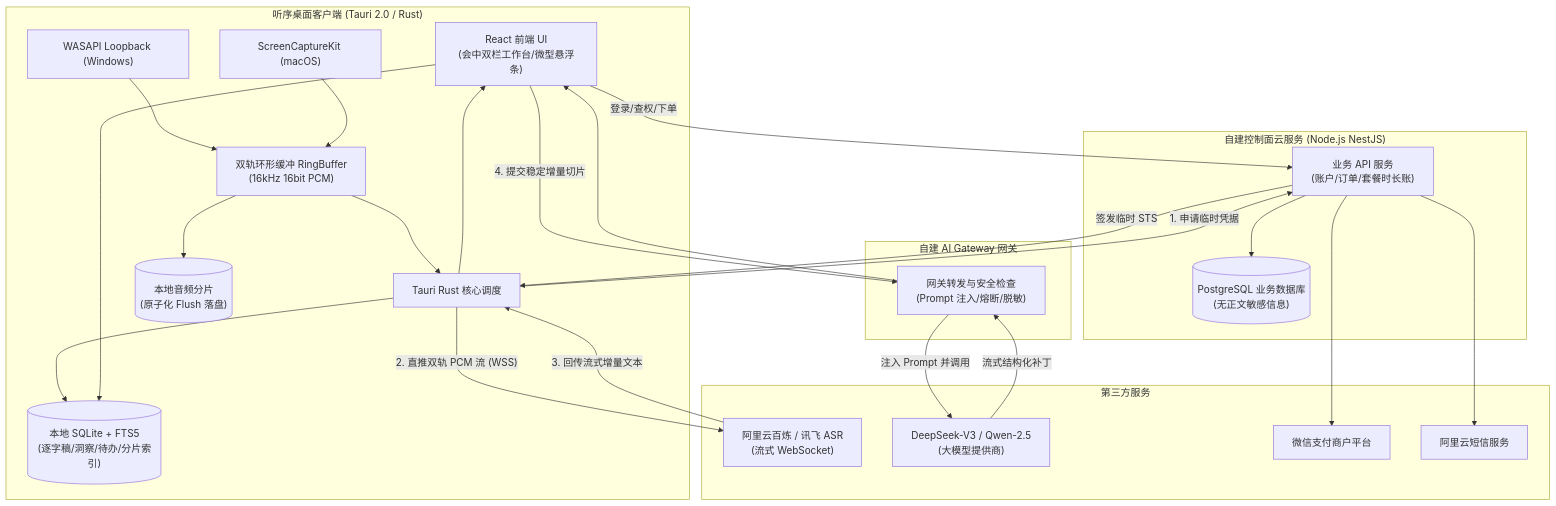
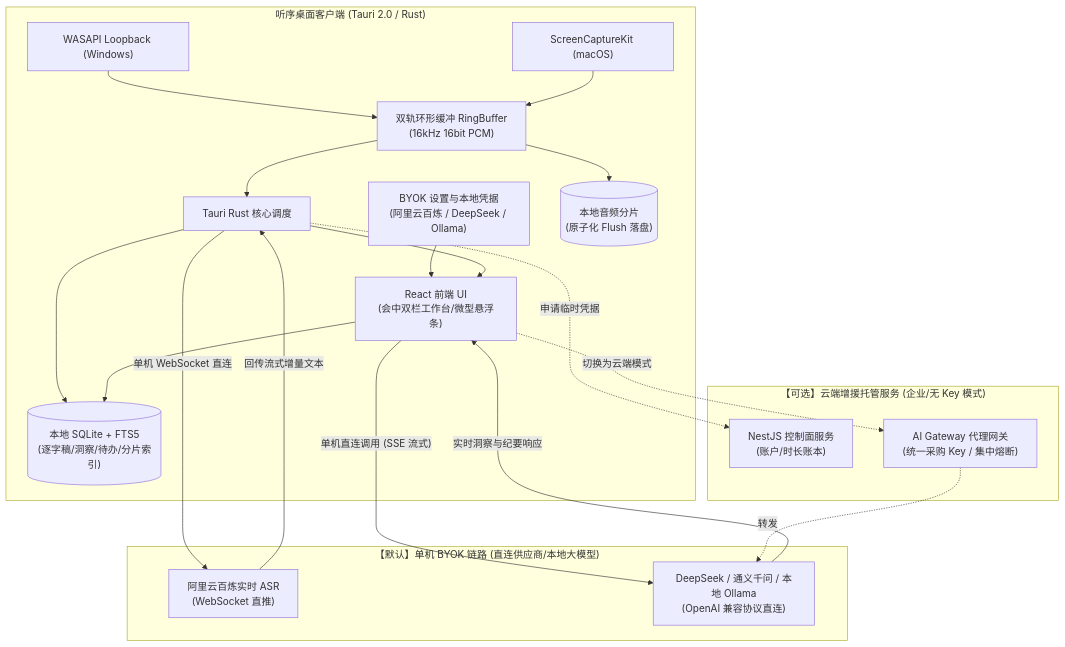
The diagram in docs/specs/SAD.md (zhucl1006/tingxu), drawn with Mermaid before and after one commit. The commit also changed other lines of this file and 91 other files, not shown here.

````diff
--- a/docs/specs/SAD.md
+++ b/docs/specs/SAD.md
@@ -68,55 +68,44 @@
 ```mermaid
 flowchart TD
     subgraph Client["听序桌面客户端 (Tauri 2.0 / Rust)"]
         UI["React 前端 UI<br/>(会中双栏工作台/微型悬浮条)"]
+        BYOKConfig["BYOK 设置与本地凭据<br/>(阿里云百炼 / DeepSeek / Ollama)"]
         TauriCore["Tauri Rust 核心调度"]
         AudioWin["WASAPI Loopback (Windows)"]
         AudioMac["ScreenCaptureKit (macOS)"]
         RingBuf["双轨环形缓冲 RingBuffer<br/>(16kHz 16bit PCM)"]
         LocalDB[("本地 SQLite + FTS5<br/>(逐字稿/洞察/待办/分片索引)")]
         DiskAudio[("本地音频分片<br/>(原子化 Flush 落盘)")]
     end
 
-    subgraph CloudControl["自建控制面云服务 (Node.js NestJS)"]
-        APIServer["业务 API 服务<br/>(账户/订单/套餐时长账)"]
-        CloudDB[("PostgreSQL 业务数据库<br/>(无正文敏感信息)")]
+    subgraph StandaloneBYOK["【默认】单机 BYOK 链路 (直连供应商/本地大模型)"]
+        DirectASR["阿里云百炼实时 ASR<br/>(WebSocket 直推)"]
+        DirectLLM["DeepSeek / 通义千问 / 本地 Ollama<br/>(OpenAI 兼容协议直连)"]
     end
 
-    subgraph AIGateway["自建 AI Gateway 网关"]
-        GW["网关转发与安全检查<br/>(Prompt 注入/熔断/脱敏)"]
-    end
-
-    subgraph ThirdParty["第三方服务"]
-        ASR["阿里云百炼 / 讯飞 ASR<br/>(流式 WebSocket)"]
-        LLM["DeepSeek-V3 / Qwen-2.5<br/>(大模型提供商)"]
-        WeChat["微信支付商户平台"]
-        AliSMS["阿里云短信服务"]
+    subgraph OptionalCloud["【可选】云端增援托管服务 (企业/无 Key 模式)"]
+        APIServer["NestJS 控制面服务<br/>(账户/时长账本)"]
+        GW["AI Gateway 代理网关<br/>(统一采购 Key / 集中熔断)"]
     end
 
     %% 媒体采集链路
     AudioWin --> RingBuf
     AudioMac --> RingBuf
     RingBuf --> DiskAudio
     RingBuf --> TauriCore
 
-    %% ASR 与转写链路
-    TauriCore -- 1. 申请临时凭据 --> APIServer
-    APIServer -- 签发临时 STS --> TauriCore
-    TauriCore -- 2. 直推双轨 PCM 流 (WSS) --> ASR
-    ASR -- 3. 回传流式增量文本 --> TauriCore
+    %% 单机 BYOK 模式流转
+    BYOKConfig --> UI
+    TauriCore -- 单机 WebSocket 直连 --> DirectASR
+    DirectASR -- 回传流式增量文本 --> TauriCore
     TauriCore --> LocalDB
     TauriCore --> UI
-
-    %% AI 增量整理链路
-    UI -- 4. 提交稳定增量切片 --> GW
-    GW -- 注入 Prompt 并调用 --> LLM
-    LLM -- 流式结构化补丁 --> GW
-    GW --> UI
+    UI -- 单机直连调用 (SSE 流式) --> DirectLLM
+    DirectLLM -- 实时洞察与纪要响应 --> UI
     UI --> LocalDB
 
-    %% 交易与鉴权
-    UI -- 登录/查权/下单 --> APIServer
-    APIServer --> CloudDB
-    APIServer --> WeChat
-    APIServer --> AliSMS
+    %% 可选云端增援流转
+    UI -. 切换为云端模式 .-> GW
+    GW -. 转发 .-> DirectLLM
+    TauriCore -. 申请临时凭据 .-> APIServer
 ```
````
